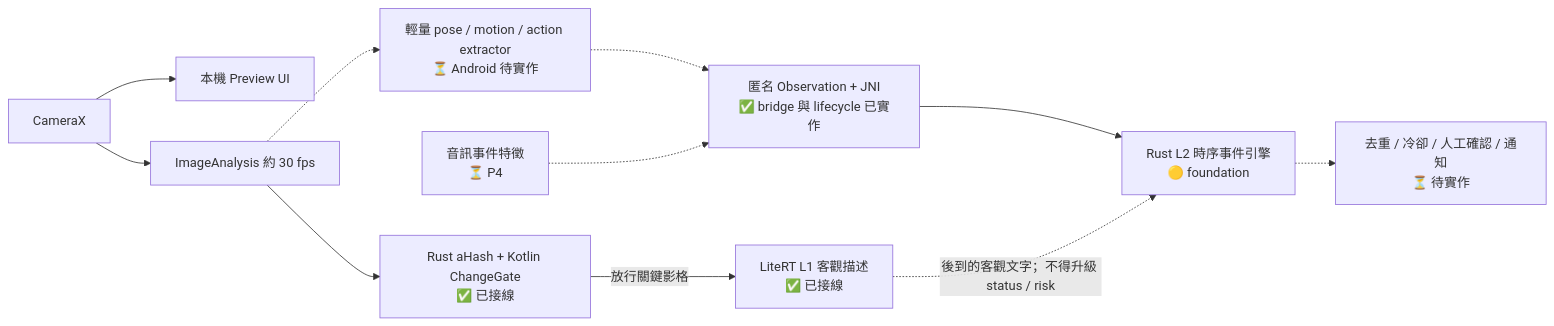
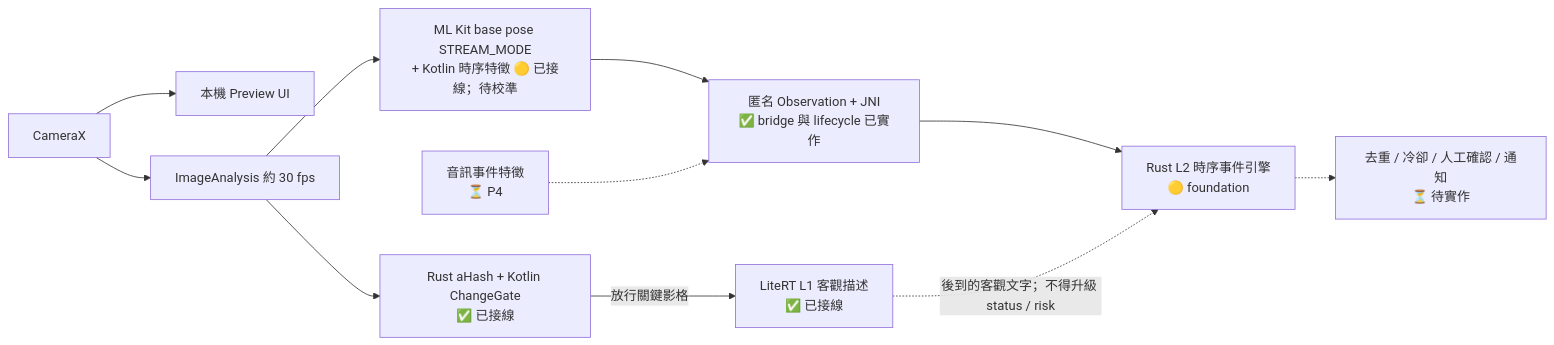
The second of 4 diagrams in README.md (TingFengChou/claustrum), drawn with Mermaid before and after one commit. The commit also changed other lines of this file and 15 other files, not shown here.

First line of the commit message:
feat(events): 接通 ML Kit 單人 pose fast path (#35)

````diff
--- a/README.md
+++ b/README.md
@@ -121,22 +123,22 @@
 ```mermaid
 flowchart LR
   CAM["CameraX"]
   PREVIEW["本機 Preview UI"]
   IA["ImageAnalysis 約 30 fps"]
   L0["Rust aHash + Kotlin ChangeGate<br/>✅ 已接線"]
   L1["LiteRT L1 客觀描述<br/>✅ 已接線"]
-  EXT["輕量 pose / motion / action extractor<br/>⏳ Android 待實作"]
+  EXT["ML Kit base pose STREAM_MODE<br/>+ Kotlin 時序特徵 🟡 已接線；待校準"]
   OBS["匿名 Observation + JNI<br/>✅ bridge 與 lifecycle 已實作"]
   L2["Rust L2 時序事件引擎<br/>🟡 foundation"]
   POLICY["去重 / 冷卻 / 人工確認 / 通知<br/>⏳ 待實作"]
   AUDIO["音訊事件特徵<br/>⏳ P4"]
 
   CAM --> PREVIEW
   CAM --> IA --> L0 -->|"放行關鍵影格"| L1
-  IA -.-> EXT
-  EXT -.-> OBS
+  IA --> EXT
+  EXT --> OBS
   OBS --> L2
   L2 -.-> POLICY
   AUDIO -.-> OBS
   L1 -.->|"後到的客觀文字；不得升級 status / risk"| L2
 ```
````
